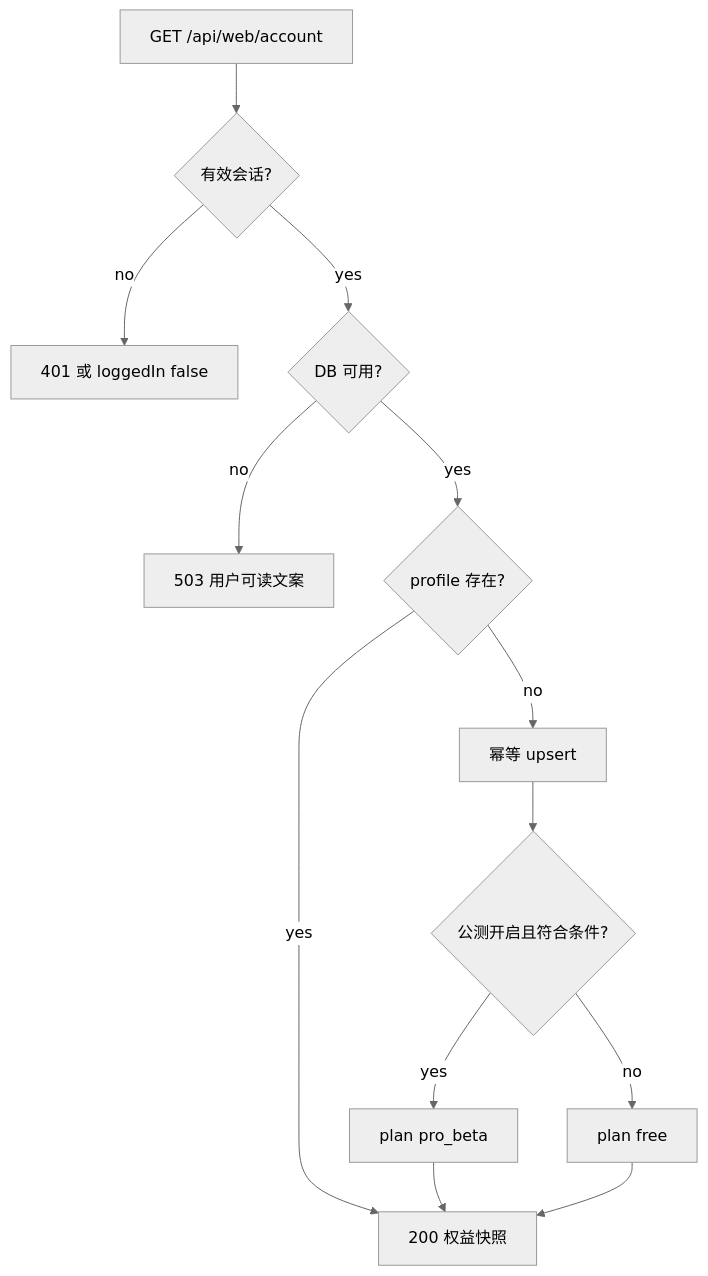
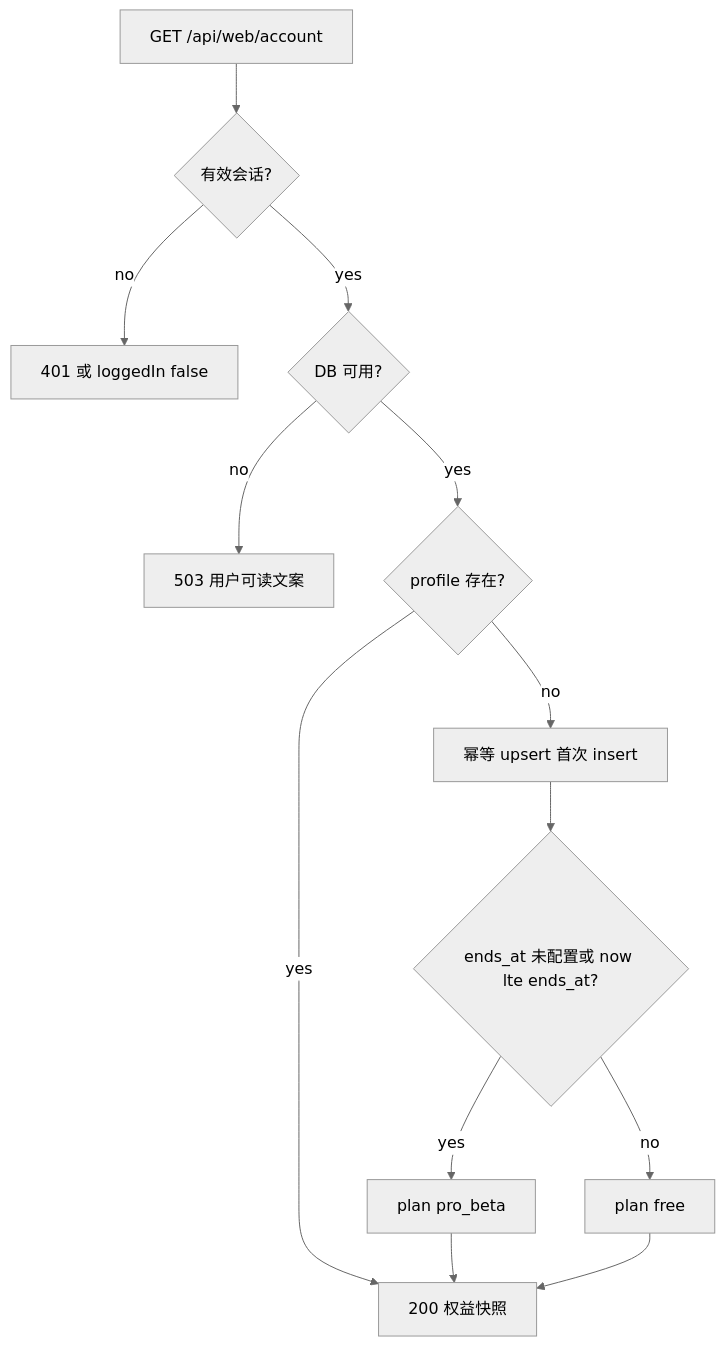
Before and after one commit to 0x00pluto/zhiying-media-assistant-web: the fifth of 5 diagrams in specs/prds/prd-00002-web-account-center-beta-entitlement.md, drawn with Mermaid (neutral theme). The commit also changed other lines of this file and 37 other files, not shown here.

````diff
--- a/specs/prds/prd-00002-web-account-center-beta-entitlement.md
+++ b/specs/prds/prd-00002-web-account-center-beta-entitlement.md
@@ -386,15 +414,15 @@
 ```mermaid
 flowchart TD
   getAccount[GET /api/web/account] --> hasSession{有效会话?}
   hasSession -->|no| unauth[401 或 loggedIn false]
   hasSession -->|yes| dbOk{DB 可用?}
   dbOk -->|no| err503[503 用户可读文案]
   dbOk -->|yes| hasProfile{profile 存在?}
-  hasProfile -->|no| upsert[幂等 upsert]
-  upsert --> betaCheck{公测开启且符合条件?}
+  hasProfile -->|no| upsert[幂等 upsert 首次 insert]
+  upsert --> betaCheck{"ends_at 未配置或 now lte ends_at?"}
   betaCheck -->|yes| grantBeta[plan pro_beta]
   betaCheck -->|no| grantFree[plan free]
   hasProfile -->|yes| return200[200 权益快照]
   grantBeta --> return200
   grantFree --> return200
 ```
````
